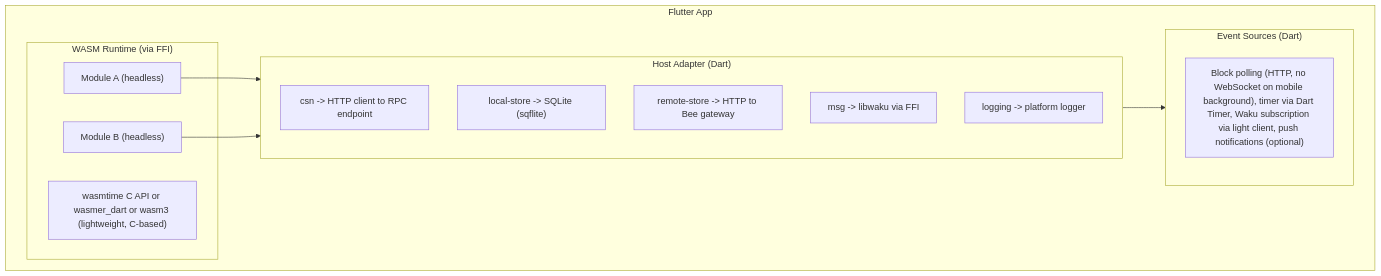
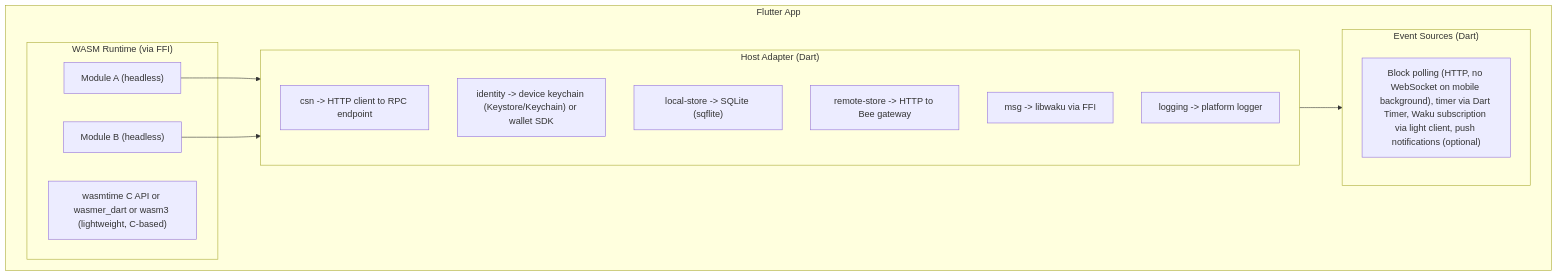
The third of 6 diagrams in docs/08-platform-generalisation.md (bleu/nullis-shepherd), drawn with Mermaid before and after one commit. The commit also changed other lines of this file and 6 other files, not shown here.

First line of the commit message:
docs: add identity primitive, rename web3-sdk to nexum-sdk

````diff
--- a/docs/08-platform-generalisation.md
+++ b/docs/08-platform-generalisation.md
@@ -605,26 +657,27 @@
 ```mermaid
 flowchart TD
     subgraph FlutterApp["Flutter App"]
         subgraph WASMRuntime["WASM Runtime (via FFI)"]
             ENGINE["wasmtime C API or wasmer_dart or wasm3 (lightweight, C-based)"]
             ModA["Module A (headless)"]
             ModB["Module B (headless)"]
         end
 
         subgraph HostAdapter["Host Adapter (Dart)"]
             HA_CSN["csn -> HTTP client to RPC endpoint"]
+            HA_ID["identity -> device keychain (Keystore/Keychain) or wallet SDK"]
             HA_LS["local-store -> SQLite (sqflite)"]
             HA_RS["remote-store -> HTTP to Bee gateway"]
             HA_MSG["msg -> libwaku via FFI"]
             HA_LOG["logging -> platform logger"]
         end
 
         subgraph EventSources["Event Sources (Dart)"]
             ES["Block polling (HTTP, no WebSocket on mobile background), timer via Dart Timer, Waku subscription via light client, push notifications (optional)"]
         end
 
         ModA --> HostAdapter
         ModB --> HostAdapter
         HostAdapter --> EventSources
     end
 ```
````
